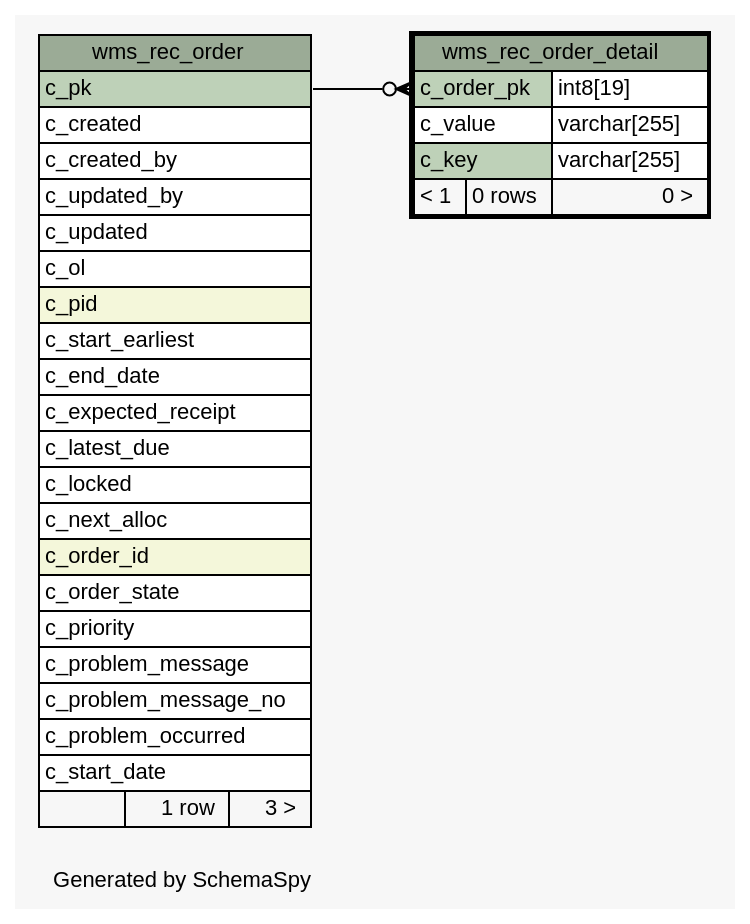
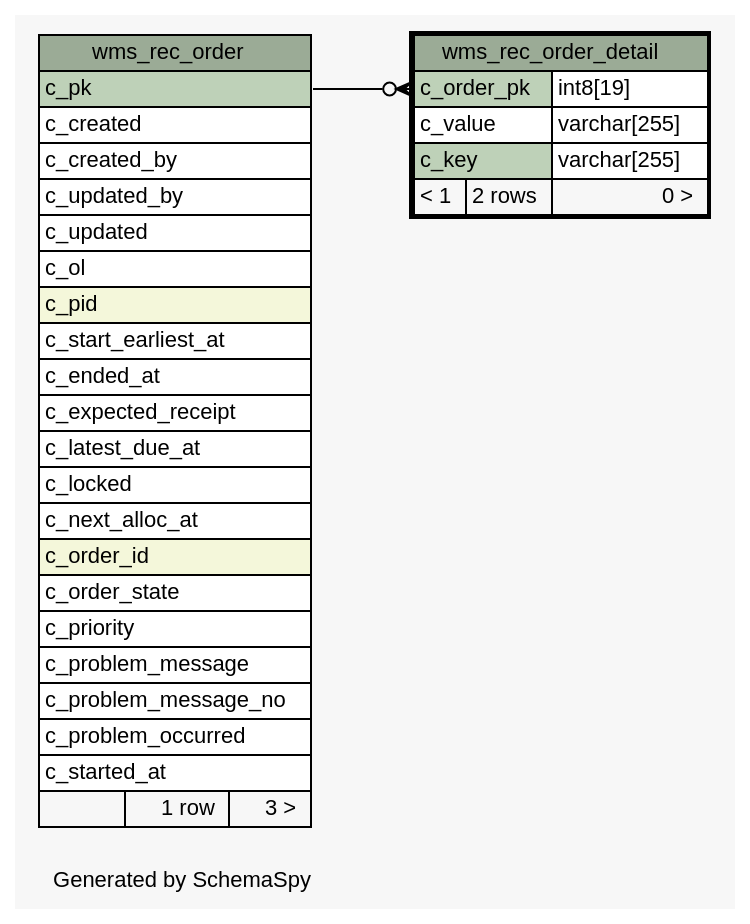
The diagram in 1.0.0-SNAPSHOT/schemaspy/diagrams/wms_rec_order_detail.1degree.dot (openwms/org.openwms.wms.receiving.lib), drawn with Graphviz before and after one commit. The commit also changed 454 other files, not shown here.

```diff
--- a/1.0.0-SNAPSHOT/schemaspy/diagrams/wms_rec_order_detail.1degree.dot
+++ b/1.0.0-SNAPSHOT/schemaspy/diagrams/wms_rec_order_detail.1degree.dot
@@ -1,64 +1,64 @@
 // dot 2.43.0 on Linux 5.15.0-1034-azure
 // SchemaSpy rev Unknown
 digraph "oneDegreeRelationshipsDiagram" {
   graph [
     rankdir="RL"
     bgcolor="#f7f7f7"
     label="\nGenerated by SchemaSpy"
     labeljust="l"
     nodesep="0.18"
     ranksep="0.46"
     fontname="Helvetica"
     fontsize="11"
   ];
   node [
     fontname="Helvetica"
     fontsize="11"
     shape="plaintext"
   ];
   edge [
     arrowsize="0.8"
   ];
   "wms_rec_order_detail":"c_order_pk":w -> "wms_rec_order":"c_pk":e [arrowhead=none dir=back arrowtail=crowodot];
   "wms_rec_order" [
     label=<
     <TABLE BORDER="0" CELLBORDER="1" CELLSPACING="0" BGCOLOR="#ffffff">
       <TR><TD COLSPAN="3" BGCOLOR="#9bab96" ALIGN="CENTER">wms_rec_order</TD></TR>
       <TR><TD PORT="c_pk" COLSPAN="3" BGCOLOR="#bed1b8" ALIGN="LEFT">c_pk</TD></TR>
       <TR><TD PORT="c_created" COLSPAN="3" ALIGN="LEFT">c_created</TD></TR>
       <TR><TD PORT="c_created_by" COLSPAN="3" ALIGN="LEFT">c_created_by</TD></TR>
       <TR><TD PORT="c_updated_by" COLSPAN="3" ALIGN="LEFT">c_updated_by</TD></TR>
       <TR><TD PORT="c_updated" COLSPAN="3" ALIGN="LEFT">c_updated</TD></TR>
       <TR><TD PORT="c_ol" COLSPAN="3" ALIGN="LEFT">c_ol</TD></TR>
       <TR><TD PORT="c_pid" COLSPAN="3" BGCOLOR="#f4f7da" ALIGN="LEFT">c_pid</TD></TR>
-      <TR><TD PORT="c_start_earliest" COLSPAN="3" ALIGN="LEFT">c_start_earliest</TD></TR>
-      <TR><TD PORT="c_end_date" COLSPAN="3" ALIGN="LEFT">c_end_date</TD></TR>
+      <TR><TD PORT="c_start_earliest_at" COLSPAN="3" ALIGN="LEFT">c_start_earliest_at</TD></TR>
+      <TR><TD PORT="c_ended_at" COLSPAN="3" ALIGN="LEFT">c_ended_at</TD></TR>
       <TR><TD PORT="c_expected_receipt" COLSPAN="3" ALIGN="LEFT">c_expected_receipt</TD></TR>
-      <TR><TD PORT="c_latest_due" COLSPAN="3" ALIGN="LEFT">c_latest_due</TD></TR>
+      <TR><TD PORT="c_latest_due_at" COLSPAN="3" ALIGN="LEFT">c_latest_due_at</TD></TR>
       <TR><TD PORT="c_locked" COLSPAN="3" ALIGN="LEFT">c_locked</TD></TR>
-      <TR><TD PORT="c_next_alloc" COLSPAN="3" ALIGN="LEFT">c_next_alloc</TD></TR>
+      <TR><TD PORT="c_next_alloc_at" COLSPAN="3" ALIGN="LEFT">c_next_alloc_at</TD></TR>
       <TR><TD PORT="c_order_id" COLSPAN="3" BGCOLOR="#f4f7da" ALIGN="LEFT">c_order_id</TD></TR>
       <TR><TD PORT="c_order_state" COLSPAN="3" ALIGN="LEFT">c_order_state</TD></TR>
       <TR><TD PORT="c_priority" COLSPAN="3" ALIGN="LEFT">c_priority</TD></TR>
       <TR><TD PORT="c_problem_message" COLSPAN="3" ALIGN="LEFT">c_problem_message</TD></TR>
       <TR><TD PORT="c_problem_message_no" COLSPAN="3" ALIGN="LEFT">c_problem_message_no</TD></TR>
       <TR><TD PORT="c_problem_occurred" COLSPAN="3" ALIGN="LEFT">c_problem_occurred</TD></TR>
-      <TR><TD PORT="c_start_date" COLSPAN="3" ALIGN="LEFT">c_start_date</TD></TR>
+      <TR><TD PORT="c_started_at" COLSPAN="3" ALIGN="LEFT">c_started_at</TD></TR>
       <TR><TD ALIGN="LEFT" BGCOLOR="#f7f7f7">  </TD><TD ALIGN="RIGHT" BGCOLOR="#f7f7f7">1 row</TD><TD ALIGN="RIGHT" BGCOLOR="#f7f7f7">3 &gt;</TD></TR>
     </TABLE>>
     URL="wms_rec_order.html"
     tooltip="wms_rec_order"
   ];
   "wms_rec_order_detail" [
     label=<
     <TABLE BORDER="2" CELLBORDER="1" CELLSPACING="0" BGCOLOR="#ffffff">
       <TR><TD COLSPAN="3" BGCOLOR="#9bab96" ALIGN="CENTER">wms_rec_order_detail</TD></TR>
       <TR><TD PORT="c_order_pk" COLSPAN="2" BGCOLOR="#bed1b8" ALIGN="LEFT">c_order_pk</TD><TD PORT="c_order_pk.type" ALIGN="LEFT">int8[19]</TD></TR>
       <TR><TD PORT="c_value" COLSPAN="2" ALIGN="LEFT">c_value</TD><TD PORT="c_value.type" ALIGN="LEFT">varchar[255]</TD></TR>
       <TR><TD PORT="c_key" COLSPAN="2" BGCOLOR="#bed1b8" ALIGN="LEFT">c_key</TD><TD PORT="c_key.type" ALIGN="LEFT">varchar[255]</TD></TR>
-      <TR><TD ALIGN="LEFT" BGCOLOR="#f7f7f7">&lt; 1</TD><TD ALIGN="RIGHT" BGCOLOR="#f7f7f7">0 rows</TD><TD ALIGN="RIGHT" BGCOLOR="#f7f7f7">0 &gt;</TD></TR>
+      <TR><TD ALIGN="LEFT" BGCOLOR="#f7f7f7">&lt; 1</TD><TD ALIGN="RIGHT" BGCOLOR="#f7f7f7">2 rows</TD><TD ALIGN="RIGHT" BGCOLOR="#f7f7f7">0 &gt;</TD></TR>
     </TABLE>>
     URL="wms_rec_order_detail.html"
     tooltip="wms_rec_order_detail"
   ];
 }
```
